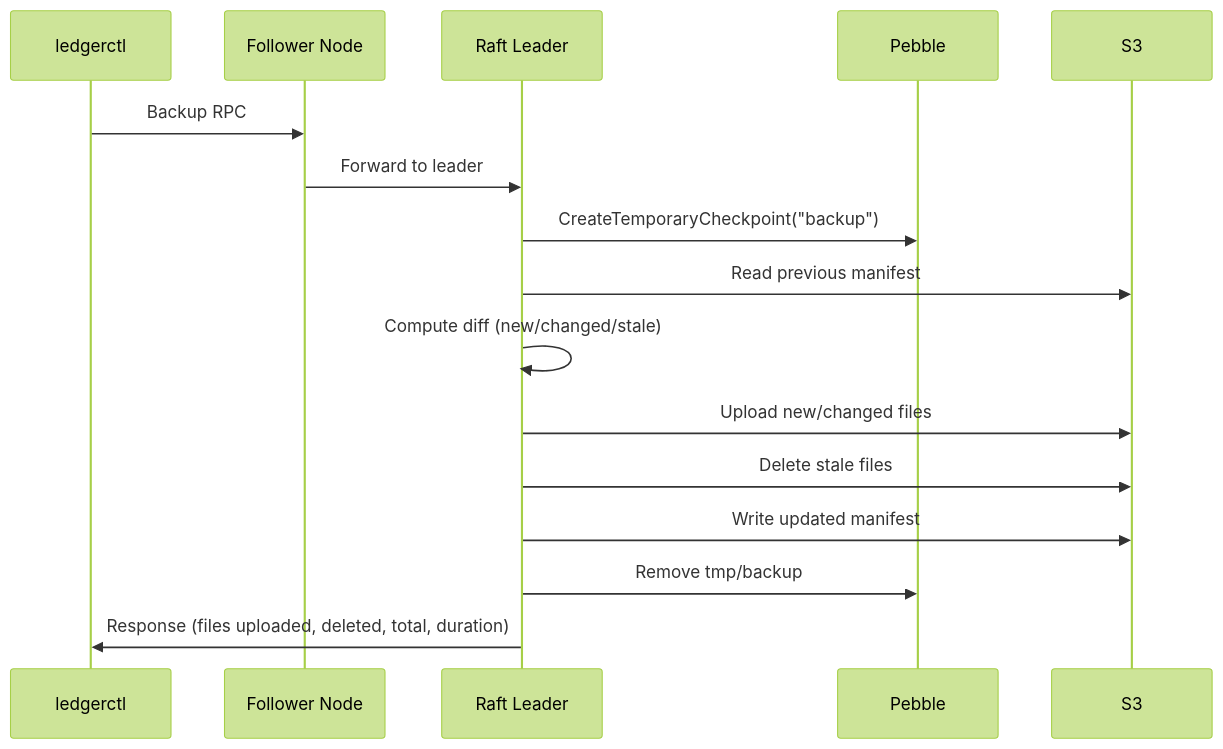
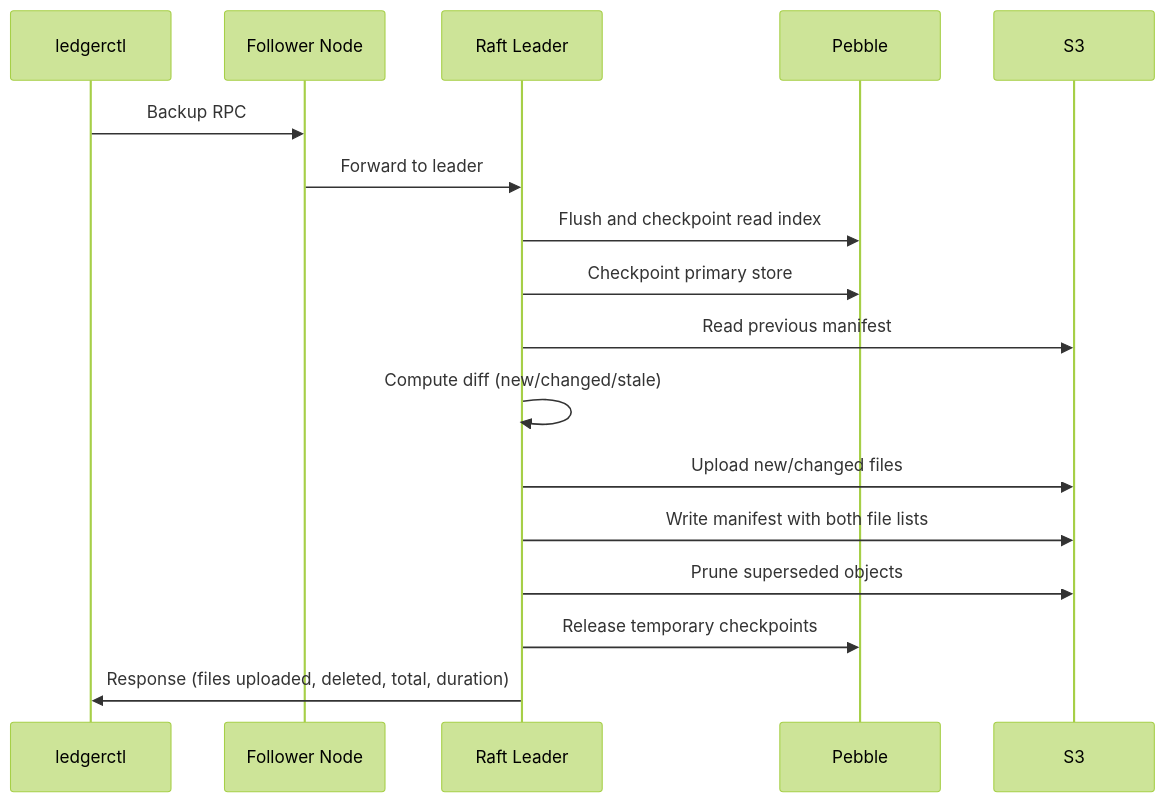
Before and after one commit to formancehq/ledger: the diagram in docs/ops/backup-restore.md, drawn with Mermaid (forest theme). The commit also changed other lines of this file and 48 other files, not shown here.

Commit message:
feat(backup): restore read indexes from full backups

````diff
--- a/docs/ops/backup-restore.md
+++ b/docs/ops/backup-restore.md
@@ -341,21 +370,22 @@
 ```mermaid
 sequenceDiagram
     participant Client as ledgerctl
     participant Follower as Follower Node
     participant Leader as Raft Leader
     participant Pebble
     participant Storage as S3
 
     Client->>Follower: Backup RPC
     Follower->>Leader: Forward to leader
 
-    Leader->>Pebble: CreateTemporaryCheckpoint("backup")
+    Leader->>Pebble: Flush and checkpoint read index
+    Leader->>Pebble: Checkpoint primary store
     Leader->>Storage: Read previous manifest
     Leader->>Leader: Compute diff (new/changed/stale)
     Leader->>Storage: Upload new/changed files
-    Leader->>Storage: Delete stale files
-    Leader->>Storage: Write updated manifest
-    Leader->>Pebble: Remove tmp/backup
+    Leader->>Storage: Write manifest with both file lists
+    Leader->>Storage: Prune superseded objects
+    Leader->>Pebble: Release temporary checkpoints
 
     Leader->>Client: Response (files uploaded, deleted, total, duration)
 ```
````
